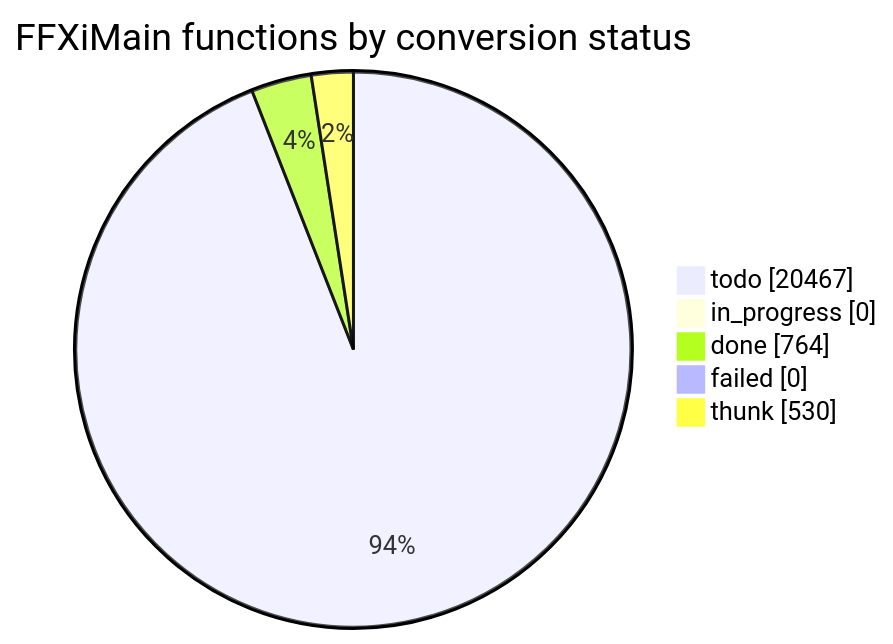
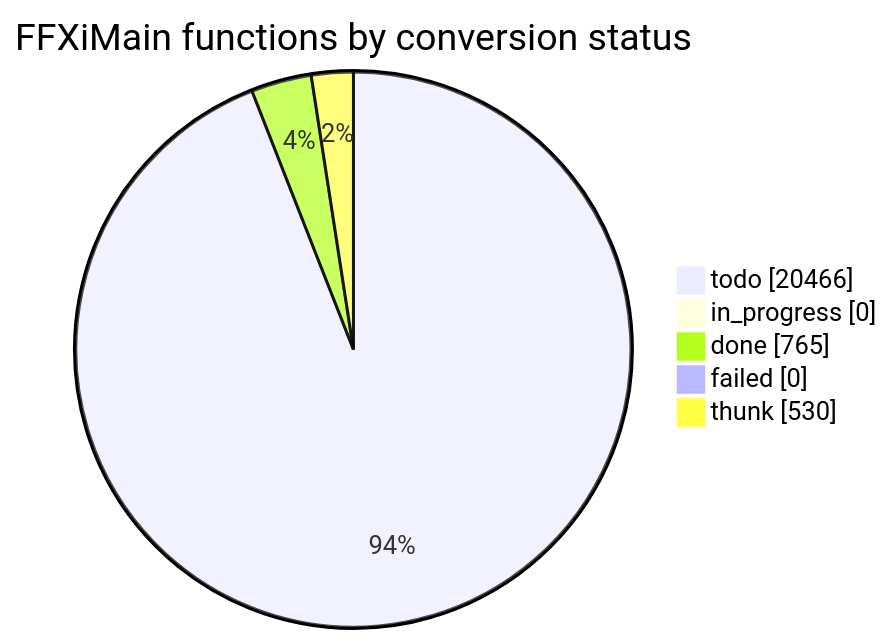
Before and after one commit to cowrevenge/cow_kuluu_xi_anything: the diagram in docs/cow/STATUS.md, drawn with Mermaid. The commit also changed other lines of this file and 9 other files, not shown here.

````diff
--- a/docs/cow/STATUS.md
+++ b/docs/cow/STATUS.md
@@ -18,9 +18,9 @@
 ```mermaid
 pie showData
     title FFXiMain functions by conversion status
-    "todo" : 20467
+    "todo" : 20466
     "in_progress" : 0
-    "done" : 764
+    "done" : 765
     "failed" : 0
     "thunk" : 530
 ```
````
